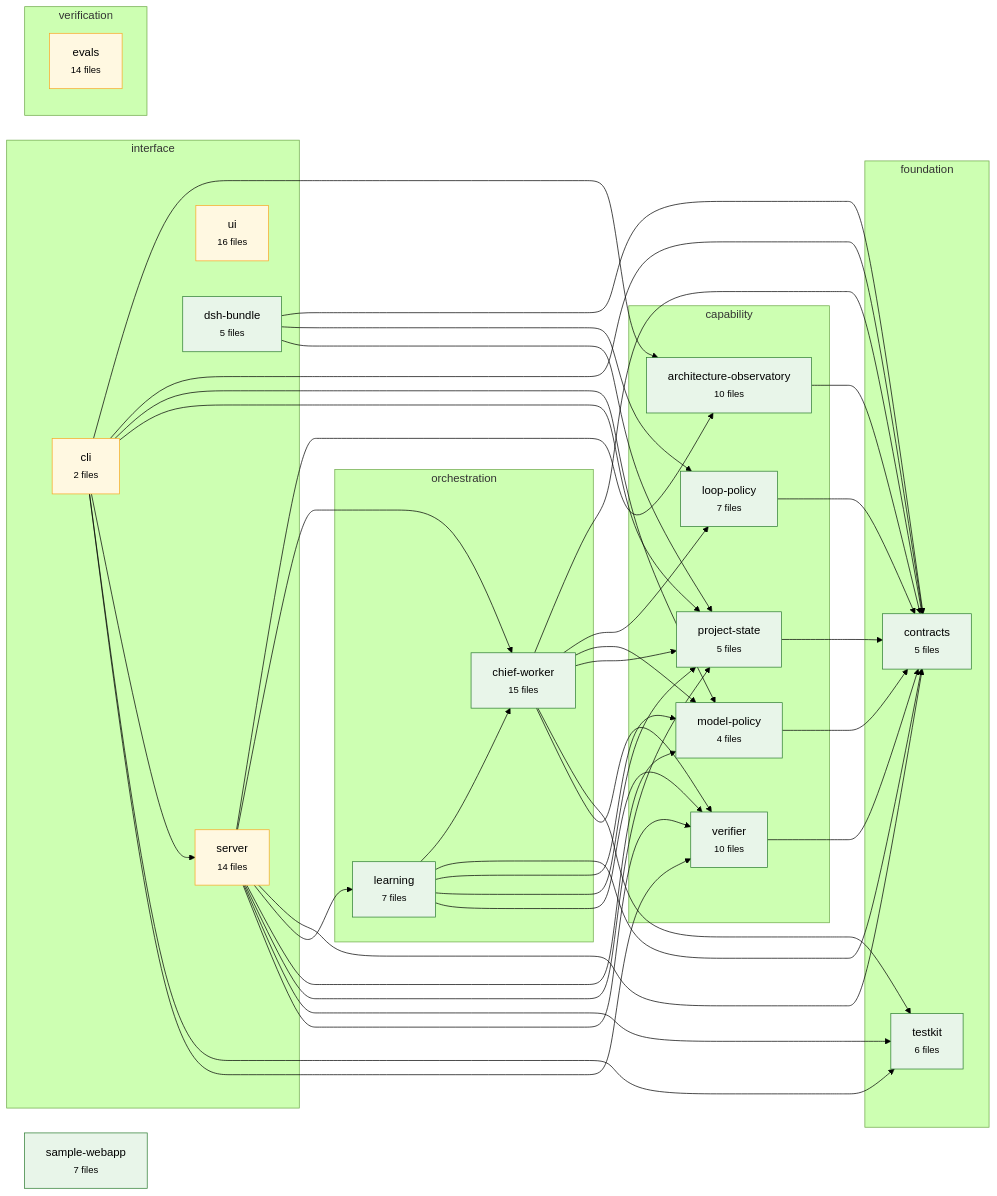
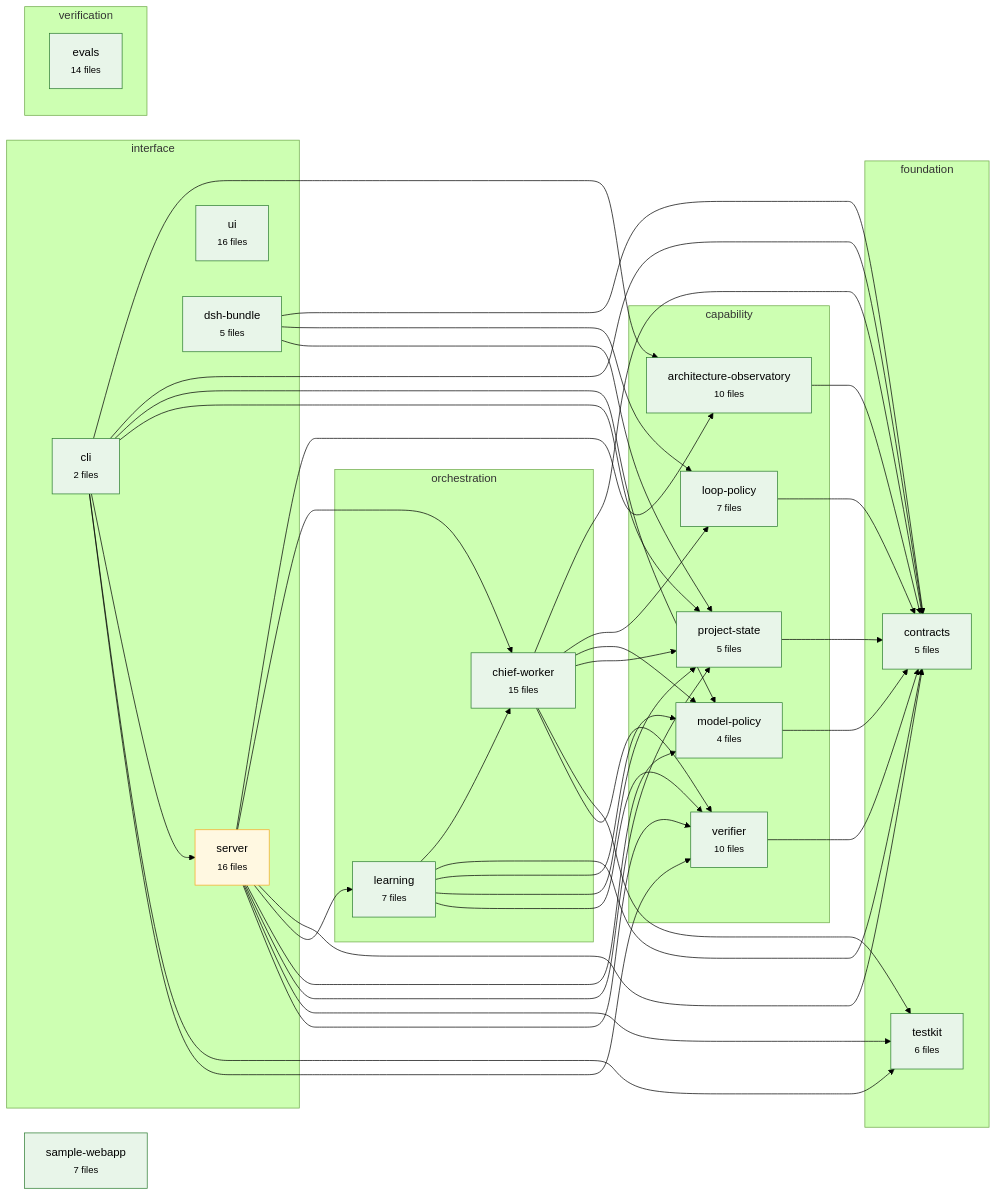
One commit to CharAzinabulu0079/dgx-super-agent changed the diagram in .architecture/graph.mmd. Above: the diagram before and after it, drawn with Mermaid (forest theme). The commit also changed 5 other files, not shown here.

```diff
--- a/.architecture/graph.mmd
+++ b/.architecture/graph.mmd
@@ -1,80 +1,80 @@
 flowchart LR
   subgraph layer_foundation["foundation"]
     contracts["contracts<br/><small>5 files</small>"]
     testkit["testkit<br/><small>6 files</small>"]
   end
   subgraph layer_capability["capability"]
     project_state["project-state<br/><small>5 files</small>"]
     verifier["verifier<br/><small>10 files</small>"]
     loop_policy["loop-policy<br/><small>7 files</small>"]
     model_policy["model-policy<br/><small>4 files</small>"]
     architecture_observatory["architecture-observatory<br/><small>10 files</small>"]
   end
   subgraph layer_orchestration["orchestration"]
     learning["learning<br/><small>7 files</small>"]
     chief_worker["chief-worker<br/><small>15 files</small>"]
   end
   subgraph layer_interface["interface"]
-    server["server<br/><small>14 files</small>"]
+    server["server<br/><small>16 files</small>"]
     cli["cli<br/><small>2 files</small>"]
     ui["ui<br/><small>16 files</small>"]
     dsh_bundle["dsh-bundle<br/><small>5 files</small>"]
   end
   subgraph layer_verification["verification"]
     evals["evals<br/><small>14 files</small>"]
   end
   sample_webapp["sample-webapp<br/><small>7 files</small>"]
   architecture_observatory --> contracts
   chief_worker --> contracts
   chief_worker --> loop_policy
   chief_worker --> model_policy
   chief_worker --> project_state
   chief_worker --> testkit
   chief_worker --> verifier
   cli --> architecture_observatory
   cli --> contracts
   cli --> model_policy
   cli --> project_state
   cli --> server
   cli --> testkit
   cli --> verifier
   dsh_bundle --> contracts
   dsh_bundle --> loop_policy
   dsh_bundle --> project_state
   learning --> chief_worker
   learning --> contracts
   learning --> model_policy
   learning --> project_state
   learning --> verifier
   loop_policy --> contracts
   model_policy --> contracts
   project_state --> contracts
   server --> architecture_observatory
   server --> chief_worker
   server --> contracts
   server --> learning
   server --> model_policy
   server --> project_state
   server --> testkit
   server --> verifier
   verifier --> contracts
   classDef stable fill:#e8f5e9,stroke:#2e7d32
   classDef changing fill:#fff8e1,stroke:#f9a825
   classDef worker_active fill:#e3f2fd,stroke:#1565c0
   classDef gate_failed fill:#ffebee,stroke:#c62828
   classDef protected stroke:#6a1b9a,stroke-width:3px
   class contracts stable
   class testkit stable
   class project_state stable
   class verifier stable
   class loop_policy stable
   class model_policy stable
   class architecture_observatory stable
   class learning stable
   class chief_worker stable
   class server changing
-  class cli changing
-  class ui changing
+  class cli stable
+  class ui stable
   class dsh_bundle stable
-  class evals changing
+  class evals stable
   class sample_webapp stable
```
